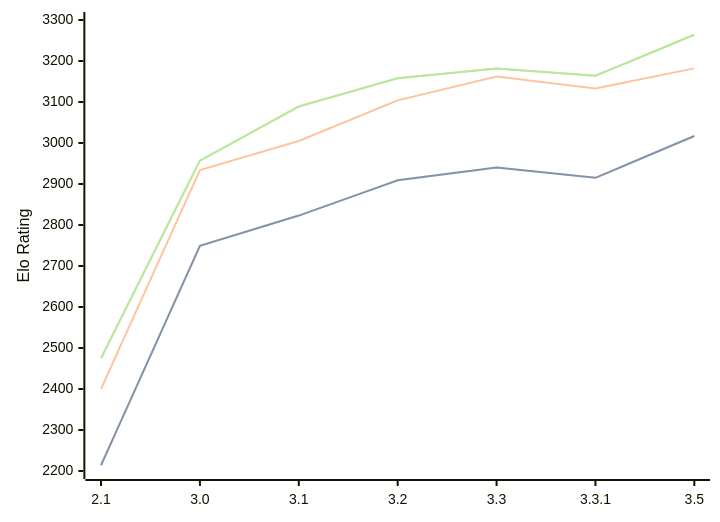
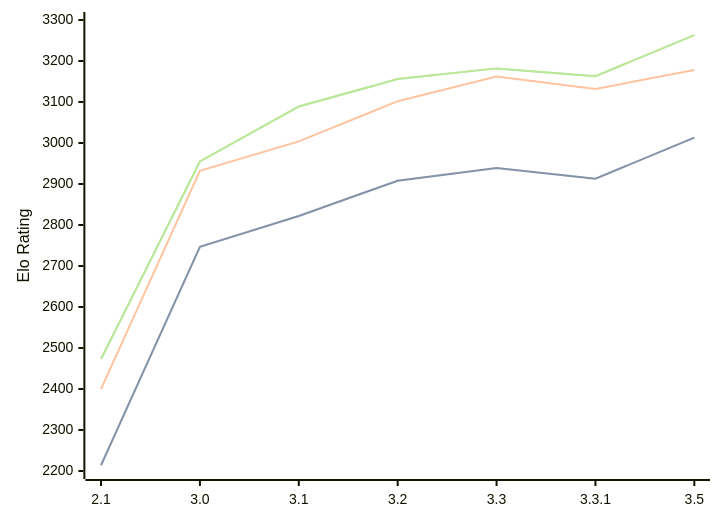
Before and after one commit to computer-chess-index/cci: the third of 3 diagrams in engines/Petrel.md, drawn with Mermaid. The commit also changed other lines of this file, not shown here.

Commit message:
Update CCI Ratings (ELO VLTC) - 2026-07-15

````diff
--- a/engines/Petrel.md
+++ b/engines/Petrel.md
@@ -79,11 +79,11 @@
 ```mermaid
 %%{init: {"theme":"base","themeVariables":{"seriesColors:['#a3a3a3','#222221','#faa371']}}}%%
 xychart-beta
   x-axis ["2.1", "3.0", "3.1", "3.2", "3.3", "3.3.1", "3.5"]
   y-axis "Elo Rating" 2200 --> 3300
-  line "STC (8.0+0.08s)" [2214, 2749, 2823, 2909, 2940, 2915, 3017]
-  line "STC (8.0+0.08s)" [2214, 2749, 2823, 2909, 2940, 2915, 3017]
-  line "LTC (60.0+0.60s)" [2400, 2934, 3005, 3104, 3162, 3133, 3182]
-  line "VLTC (2m24s+1.12s)" [2475, 2957, 3089, 3158, 3182, 3164, 3264]
-  line "VLTC (2m24s+1.12s)" [2475, 2957, 3089, 3158, 3182, 3164, 3264]
+  line "STC (8.0+0.08s)" [2214, 2747, 2822, 2908, 2939, 2913, 3013]
+  line "STC (8.0+0.08s)" [2214, 2747, 2822, 2908, 2939, 2913, 3013]
+  line "LTC (60.0+0.60s)" [2400, 2932, 3004, 3102, 3162, 3132, 3178]
+  line "VLTC (2m24s+1.12s)" [2473, 2955, 3089, 3156, 3182, 3163, 3263]
+  line "VLTC (2m24s+1.12s)" [2473, 2955, 3089, 3156, 3182, 3163, 3263]
 ```
````
